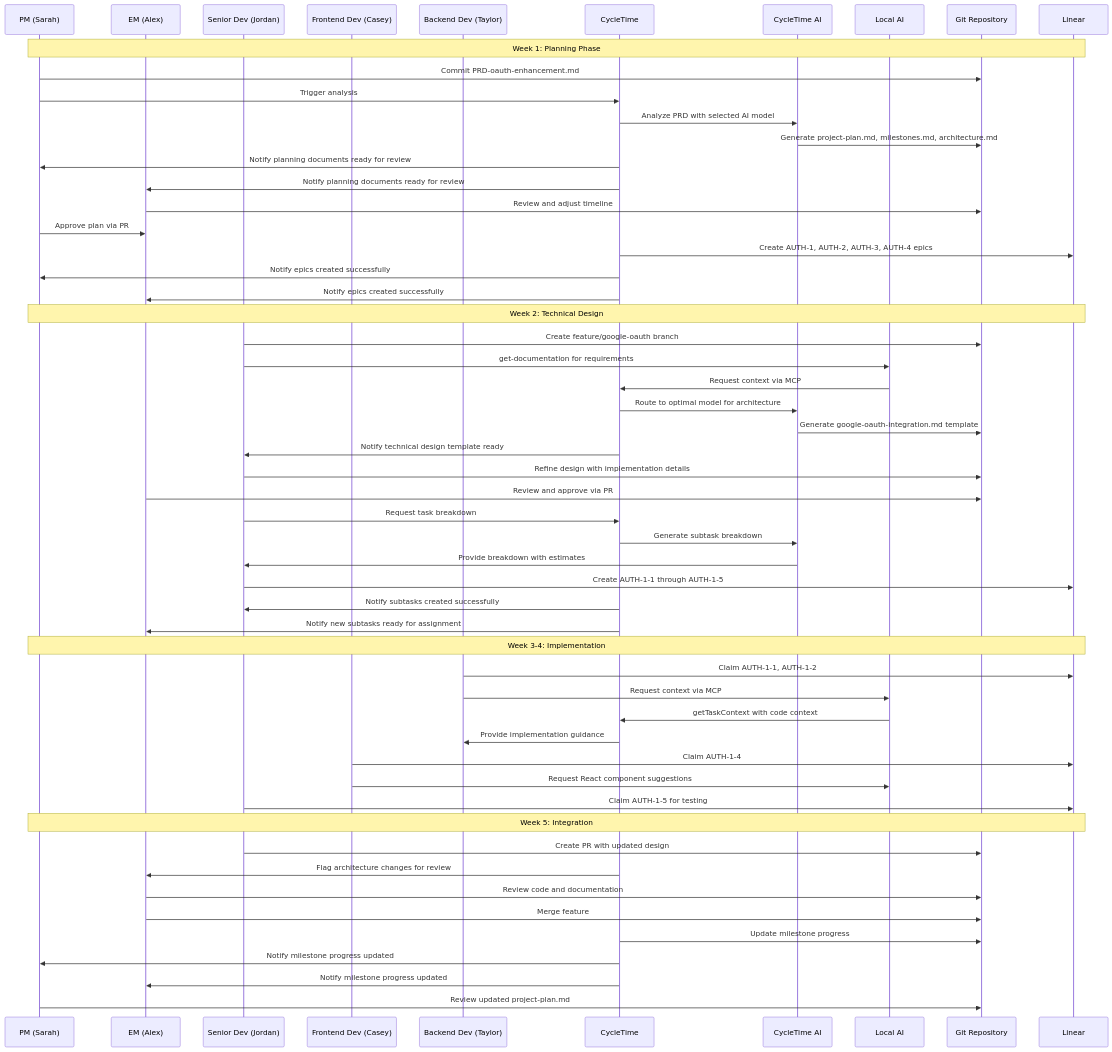
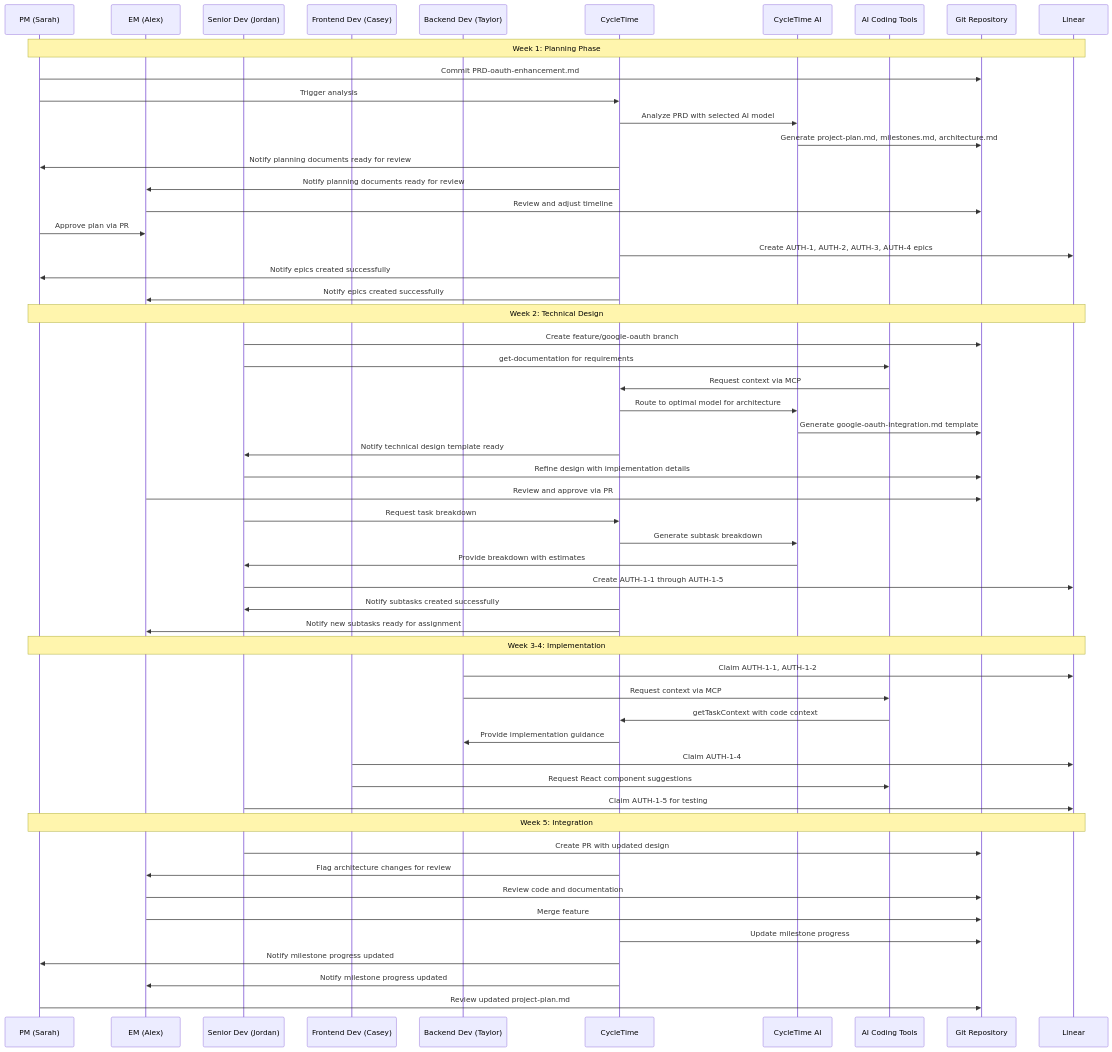
Before and after one commit to spiralhouse/cycletime: the fourth of 4 diagrams in docs/PRD.md, drawn with Mermaid. The commit also changed other lines of this file and 1 other file, not shown here.

First line of the commit message:
docs: update to reflect 2025 AI coding tools landscape with MCP support

````diff
--- a/docs/PRD.md
+++ b/docs/PRD.md
@@ -329,61 +329,61 @@
 ```mermaid
 sequenceDiagram
     participant Sarah as PM (Sarah)
     participant Alex as EM (Alex)
     participant Jordan as Senior Dev (Jordan)
     participant Casey as Frontend Dev (Casey)
     participant Taylor as Backend Dev (Taylor)
     participant CT as CycleTime
     participant AI as CycleTime AI
-    participant LocalAI as Local AI
+    participant LocalAI as AI Coding Tools
     participant REPO as Git Repository
     participant LINEAR as Linear
     
     Note over Sarah,LINEAR: Week 1: Planning Phase
     Sarah->>REPO: Commit PRD-oauth-enhancement.md
     Sarah->>CT: Trigger analysis
     CT->>AI: Analyze PRD with selected AI model
     AI->>REPO: Generate project-plan.md, milestones.md, architecture.md
     CT->>Sarah: Notify planning documents ready for review
     CT->>Alex: Notify planning documents ready for review
     Alex->>REPO: Review and adjust timeline
     Sarah->>Alex: Approve plan via PR
     CT->>LINEAR: Create AUTH-1, AUTH-2, AUTH-3, AUTH-4 epics
     CT->>Sarah: Notify epics created successfully
     CT->>Alex: Notify epics created successfully
     
     Note over Sarah,LINEAR: Week 2: Technical Design
     Jordan->>REPO: Create feature/google-oauth branch
     Jordan->>LocalAI: get-documentation for requirements
     LocalAI->>CT: Request context via MCP
     CT->>AI: Route to optimal model for architecture
     AI->>REPO: Generate google-oauth-integration.md template
     CT->>Jordan: Notify technical design template ready
     Jordan->>REPO: Refine design with implementation details
     Alex->>REPO: Review and approve via PR
     Jordan->>CT: Request task breakdown
     CT->>AI: Generate subtask breakdown
     AI->>Jordan: Provide breakdown with estimates
     Jordan->>LINEAR: Create AUTH-1-1 through AUTH-1-5
     CT->>Jordan: Notify subtasks created successfully
     CT->>Alex: Notify new subtasks ready for assignment
     
     Note over Sarah,LINEAR: Week 3-4: Implementation
     Taylor->>LINEAR: Claim AUTH-1-1, AUTH-1-2
     Taylor->>LocalAI: Request context via MCP
     LocalAI->>CT: getTaskContext with code context
     CT->>Taylor: Provide implementation guidance
     Casey->>LINEAR: Claim AUTH-1-4
     Casey->>LocalAI: Request React component suggestions
     Jordan->>LINEAR: Claim AUTH-1-5 for testing
     
     Note over Sarah,LINEAR: Week 5: Integration
     Jordan->>REPO: Create PR with updated design
     CT->>Alex: Flag architecture changes for review
     Alex->>REPO: Review code and documentation
     Alex->>REPO: Merge feature
     CT->>REPO: Update milestone progress
     CT->>Sarah: Notify milestone progress updated
     CT->>Alex: Notify milestone progress updated
     Sarah->>REPO: Review updated project-plan.md
 ```
````
